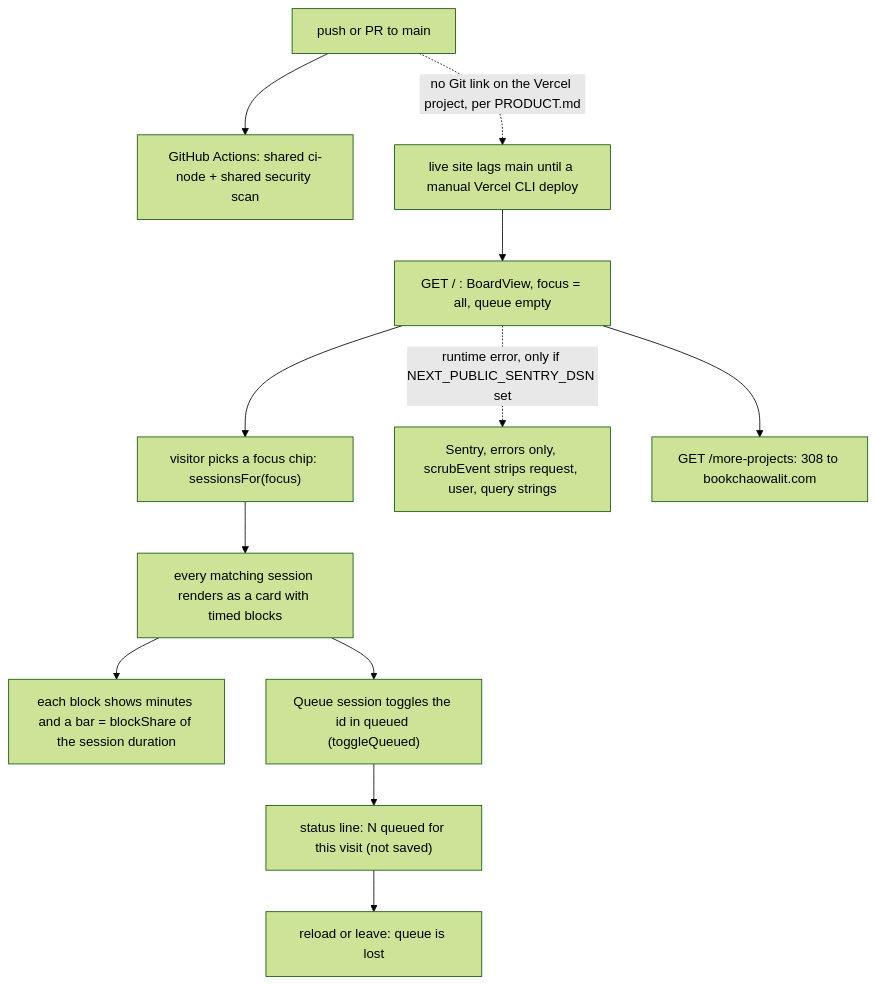
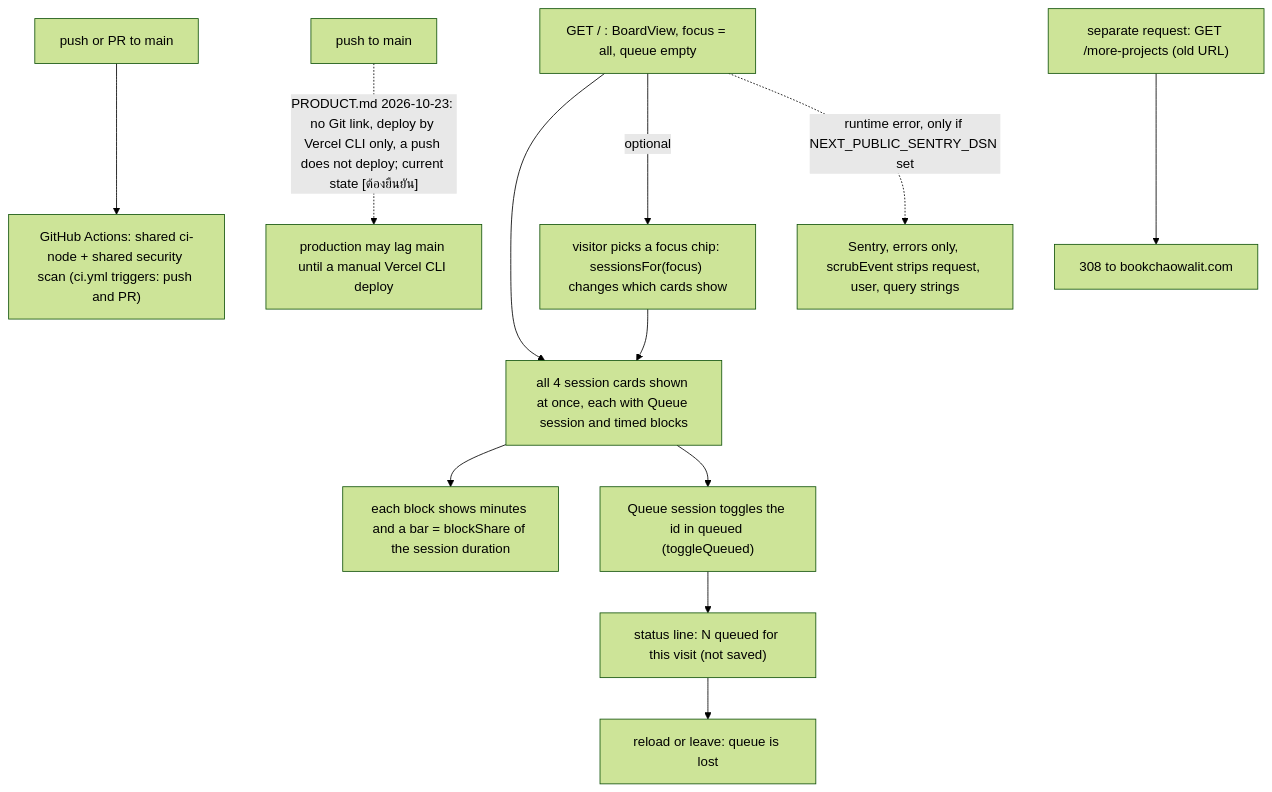
Before and after one commit to bookchaowalit-website/education-sports-web: the first of 2 diagrams in docs/diagrams/01-business-process.md, drawn with Mermaid (forest theme). The commit also changed other lines of this file, not shown here.

Commit message:
docs: correct As-Is/To-Be facts from review (01-business-process)

````diff
--- a/docs/diagrams/01-business-process.md
+++ b/docs/diagrams/01-business-process.md
@@ -9,14 +9,14 @@
 ```mermaid
 flowchart TD
-  PUSH["push or PR to main"] --> CI["GitHub Actions: shared ci-node + shared security scan"]
-  PUSH -.->|"no Git link on the Vercel project, per PRODUCT.md"| LAG["live site lags main until a manual Vercel CLI deploy"]
-  LAG --> PAGE["GET / : BoardView, focus = all, queue empty"]
-  PAGE --> FOCUS["visitor picks a focus chip: sessionsFor(focus)"]
-  FOCUS --> CARDS["every matching session renders as a card with timed blocks"]
+  PR["push or PR to main"] --> CI["GitHub Actions: shared ci-node + shared security scan (ci.yml triggers: push and PR)"]
+  MAIN["push to main"] -.->|"PRODUCT.md 2026-10-23: no Git link, deploy by Vercel CLI only, a push does not deploy; current state [ต้องยืนยัน]"| PROD["production may lag main until a manual Vercel CLI deploy"]
+  PAGE["GET / : BoardView, focus = all, queue empty"] --> CARDS["all 4 session cards shown at once, each with Queue session and timed blocks"]
+  PAGE -->|"optional"| FOCUS["visitor picks a focus chip: sessionsFor(focus) changes which cards show"]
+  FOCUS --> CARDS
   CARDS --> BAR["each block shows minutes and a bar = blockShare of the session duration"]
   CARDS --> QUEUE["Queue session toggles the id in queued (toggleQueued)"]
   QUEUE --> COUNT["status line: N queued for this visit (not saved)"]
   COUNT --> LOST["reload or leave: queue is lost"]
   PAGE -.->|"runtime error, only if NEXT_PUBLIC_SENTRY_DSN set"| SENTRY["Sentry, errors only, scrubEvent strips request, user, query strings"]
-  PAGE --> REDIR["GET /more-projects: 308 to bookchaowalit.com"]
+  DIRECT["separate request: GET /more-projects (old URL)"] --> REDIR["308 to bookchaowalit.com"]
 ```
````
